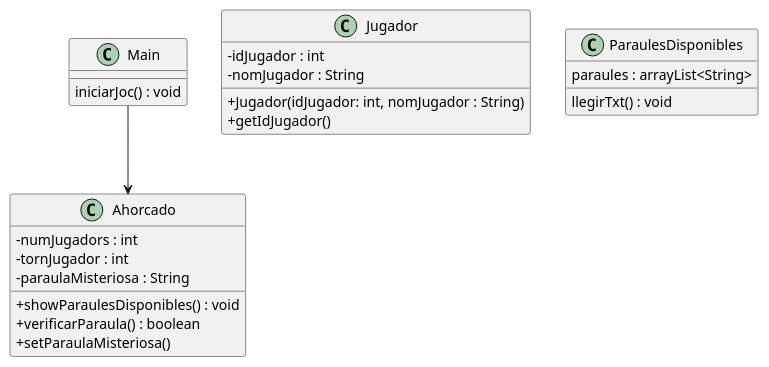
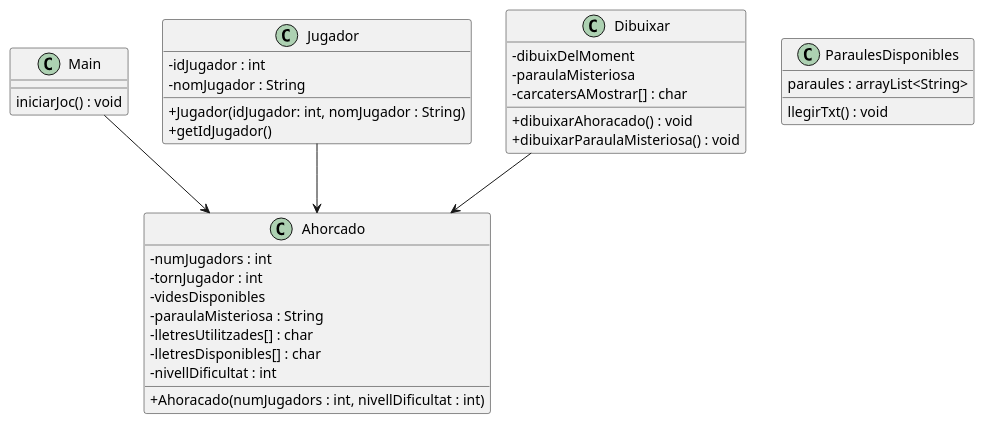
The diagram in El_Juego_del_ahorcado/DiagramaClasesAhorcado.puml (GerardRuiz002/Practica_TQS_Ahorcado_Gerard_Guillem), drawn with PlantUML before and after one commit. The commit also changed 1 other file, not shown here.

Commit message:
Primera versio diagrama classes

```diff
--- a/El_Juego_del_ahorcado/DiagramaClasesAhorcado.puml
+++ b/El_Juego_del_ahorcado/DiagramaClasesAhorcado.puml
@@ -1,30 +1,42 @@
 @startuml
 skinparam classAttributeIconSize 0
 
 Main --> Ahorcado
+Jugador --> Ahorcado
+Dibuixar --> Ahorcado
 
 class Jugador {
     -idJugador : int
     -nomJugador : String
     +Jugador(idJugador: int, nomJugador : String)
     +getIdJugador()
 }
 
 class ParaulesDisponibles {
     paraules : arrayList<String>
     llegirTxt() : void
 }
 
 class Ahorcado {
     -numJugadors : int
     -tornJugador : int
+    -videsDisponibles
     -paraulaMisteriosa : String
-    +showParaulesDisponibles() : void
-    +verificarParaula() : boolean
-    +setParaulaMisteriosa()
+    -lletresUtilitzades[] : char
+    -lletresDisponibles[] : char
+    -nivellDificultat : int
+    +Ahoracado(numJugadors : int, nivellDificultat : int)
+}
+
+class Dibuixar {
+-dibuixDelMoment
+-paraulaMisteriosa
+-carcatersAMostrar[] : char
++dibuixarAhoracado() : void
++dibuixarParaulaMisteriosa() : void
 }
 
 class Main {
     iniciarJoc() : void
 }
 @enduml
```
